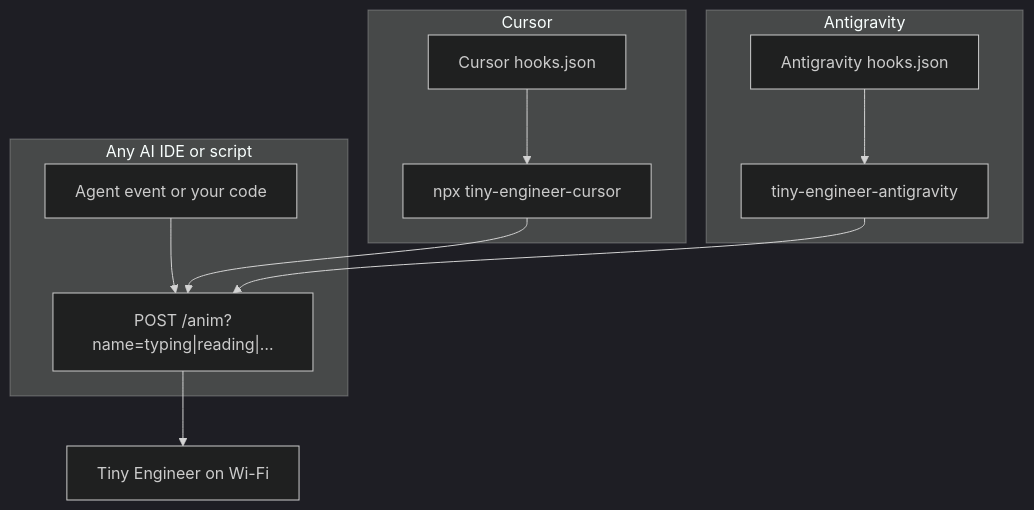
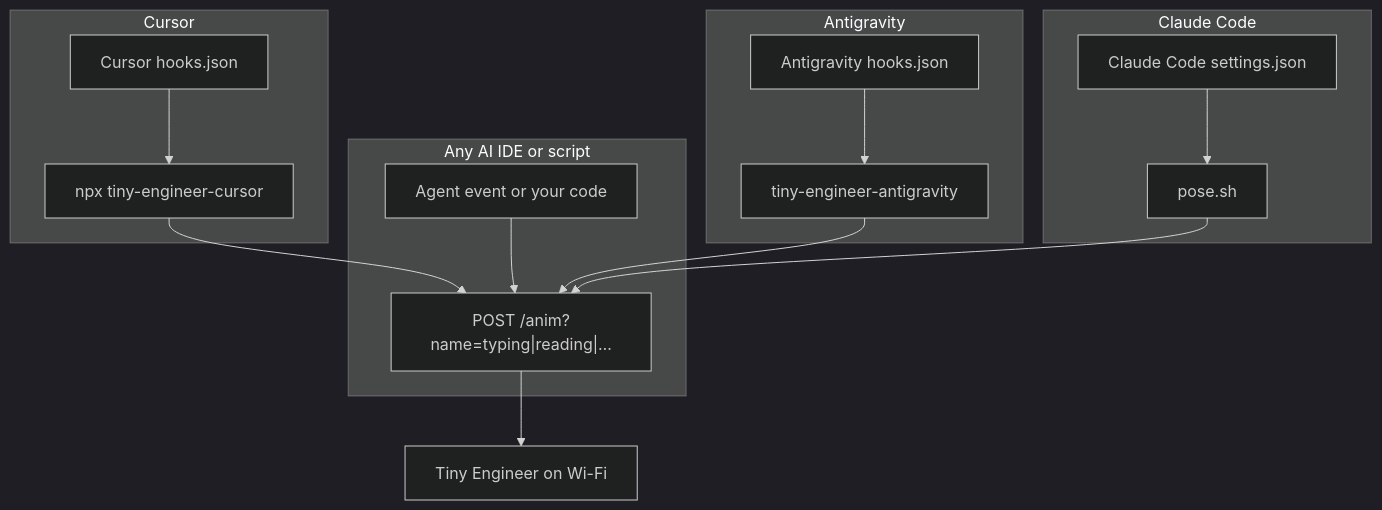
Before and after one commit to jamro/tiny-engineer: the diagram in docs/integration.md, drawn with Mermaid (dark theme). The commit also changed other lines of this file and 4 other files, not shown here.

First line of the commit message:
feat(hooks): add Claude Code hook integration

````diff
--- a/docs/integration.md
+++ b/docs/integration.md
@@ -15,18 +16,23 @@
 ```mermaid
 flowchart TB
   subgraph anyIde [Any AI IDE or script]
     HookOrScript[Agent event or your code]
     HookOrScript --> Post["POST /anim?name=typing|reading|…"]
   end
   subgraph cursorPath [Cursor]
     CursorHook[Cursor hooks.json]
     CursorHook --> Npx["npx tiny-engineer-cursor"]
     Npx --> Post
   end
   subgraph antigravityPath [Antigravity]
     AgHook[Antigravity hooks.json]
     AgHook --> AgCli["tiny-engineer-antigravity"]
     AgCli --> Post
   end
+  subgraph claudeCodePath [Claude Code]
+    CcHook[Claude Code settings.json]
+    CcHook --> CcScript["pose.sh"]
+    CcScript --> Post
+  end
   Post --> Robot[Tiny Engineer on Wi-Fi]
 ```
````
